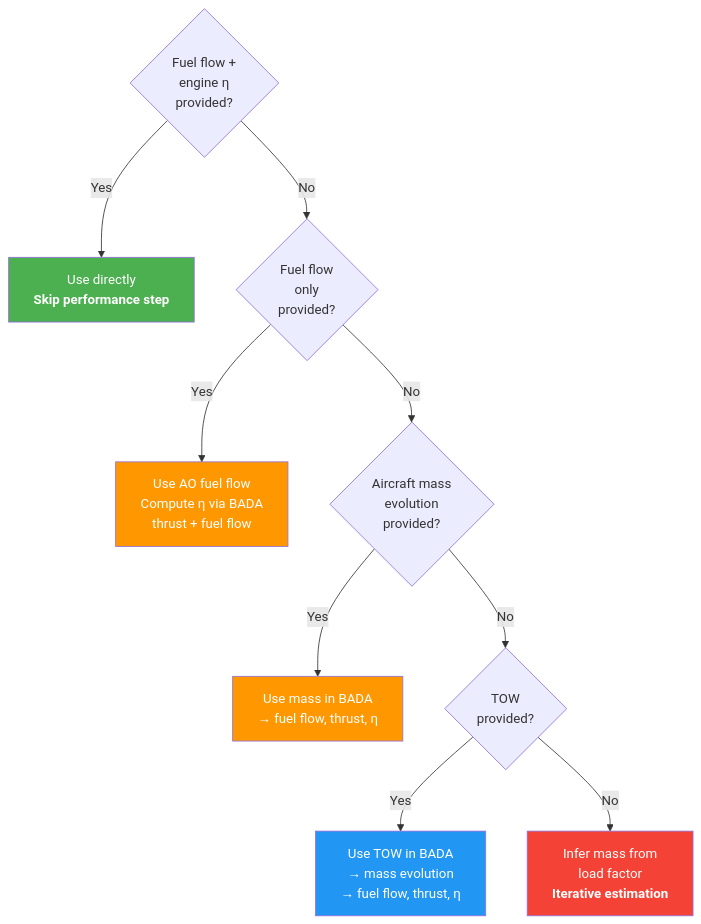
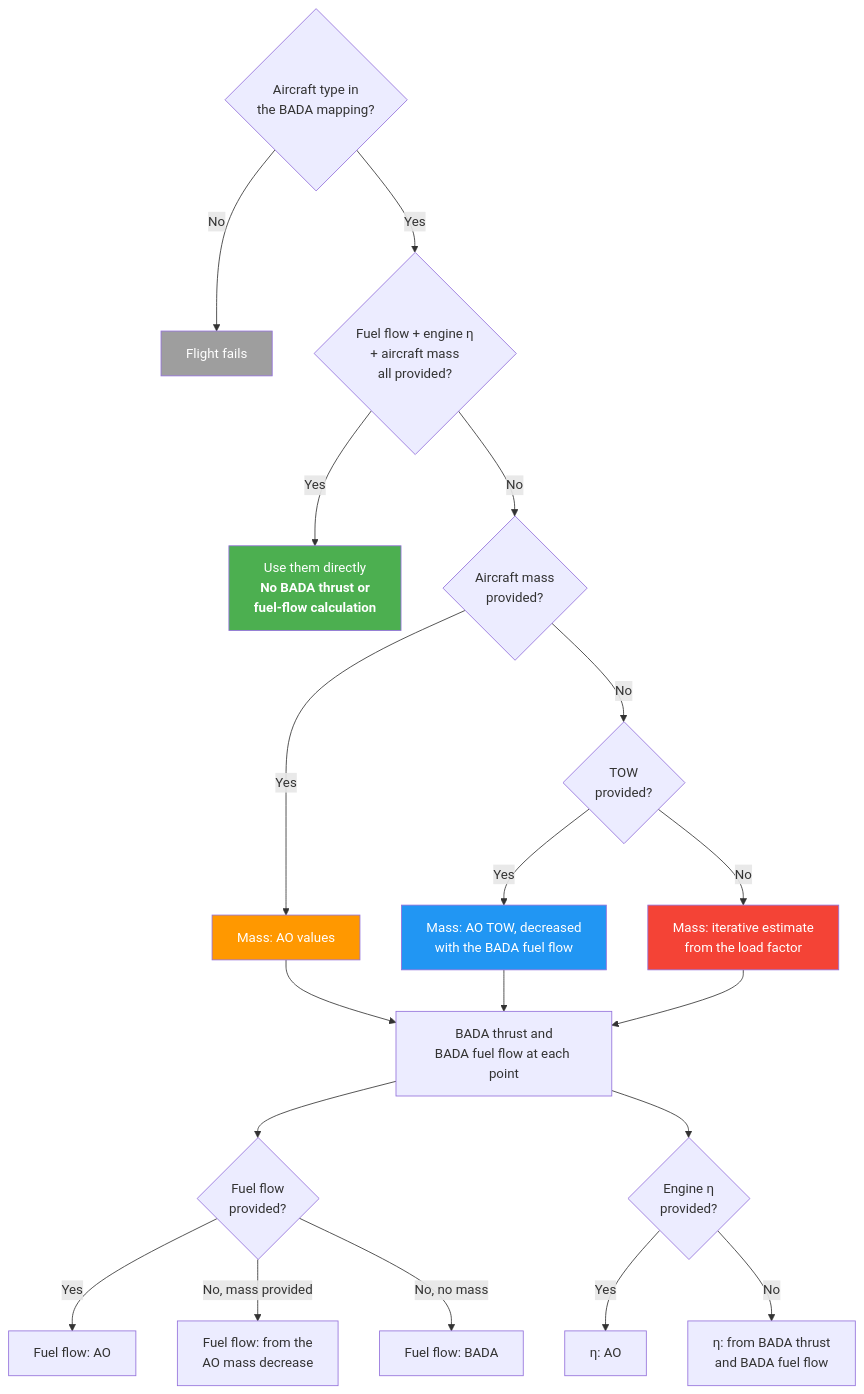
One commit to eurocontrol-asu/PyNeats changed the diagram in docs/explanation/input-prioritization.md. Above: the diagram before and after it, drawn with Mermaid. The commit also changed other lines of this file and 2 other files, not shown here.

First line of the commit message:
docs: describe how PyNEATS really uses AO performance inputs

````diff
--- a/docs/explanation/input-prioritization.md
+++ b/docs/explanation/input-prioritization.md
@@ -25,17 +27,27 @@
 ```mermaid
 graph TD
-    A{"Fuel flow +<br/>engine η<br/>provided?"} -->|Yes| B["Use directly<br/><b>Skip performance step</b>"]
-    A -->|No| C{"Fuel flow<br/>only<br/>provided?"}
-    C -->|Yes| D["Use AO fuel flow<br/>Compute η via BADA<br/>thrust + fuel flow"]
-    C -->|No| E{"Aircraft mass<br/>evolution<br/>provided?"}
-    E -->|Yes| F["Use mass in BADA<br/>→ fuel flow, thrust, η"]
-    E -->|No| G{"TOW<br/>provided?"}
-    G -->|Yes| H["Use TOW in BADA<br/>→ mass evolution<br/>→ fuel flow, thrust, η"]
-    G -->|No| I["Infer mass from<br/>load factor<br/><b>Iterative estimation</b>"]
+    A{"Aircraft type in<br/>the BADA mapping?"} -->|No| X["Flight fails"]
+    A -->|Yes| B{"Fuel flow + engine η<br/>+ aircraft mass<br/>all provided?"}
+    B -->|Yes| S["Use them directly<br/><b>No BADA thrust or<br/>fuel-flow calculation</b>"]
+    B -->|No| M{"Aircraft mass<br/>provided?"}
+    M -->|Yes| M1["Mass: AO values"]
+    M -->|No| T{"TOW<br/>provided?"}
+    T -->|Yes| M2["Mass: AO TOW, decreased<br/>with the BADA fuel flow"]
+    T -->|No| M3["Mass: iterative estimate<br/>from the load factor"]
+    M1 --> R["BADA thrust and<br/>BADA fuel flow at each point"]
+    M2 --> R
+    M3 --> R
+    R --> FF{"Fuel flow<br/>provided?"}
+    FF -->|Yes| F1["Fuel flow: AO"]
+    FF -->|No, mass provided| F2["Fuel flow: from the<br/>AO mass decrease"]
+    FF -->|No, no mass| F3["Fuel flow: BADA"]
+    R --> E{"Engine η<br/>provided?"}
+    E -->|Yes| E1["η: AO"]
+    E -->|No| E2["η: from BADA thrust<br/>and BADA fuel flow"]
 
-    style B fill:#4caf50,color:#fff
-    style D fill:#ff9800,color:#fff
-    style F fill:#ff9800,color:#fff
-    style H fill:#2196f3,color:#fff
-    style I fill:#f44336,color:#fff
+    style X fill:#9e9e9e,color:#fff
+    style S fill:#4caf50,color:#fff
+    style M1 fill:#ff9800,color:#fff
+    style M2 fill:#2196f3,color:#fff
+    style M3 fill:#f44336,color:#fff
 ```
````
